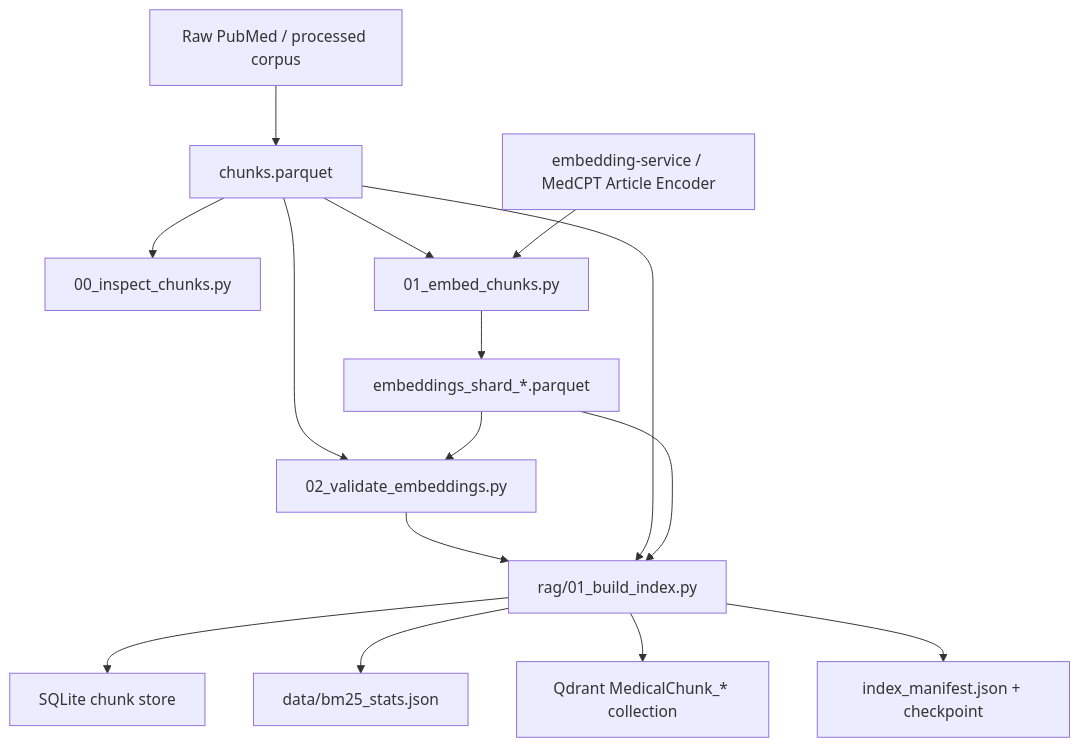
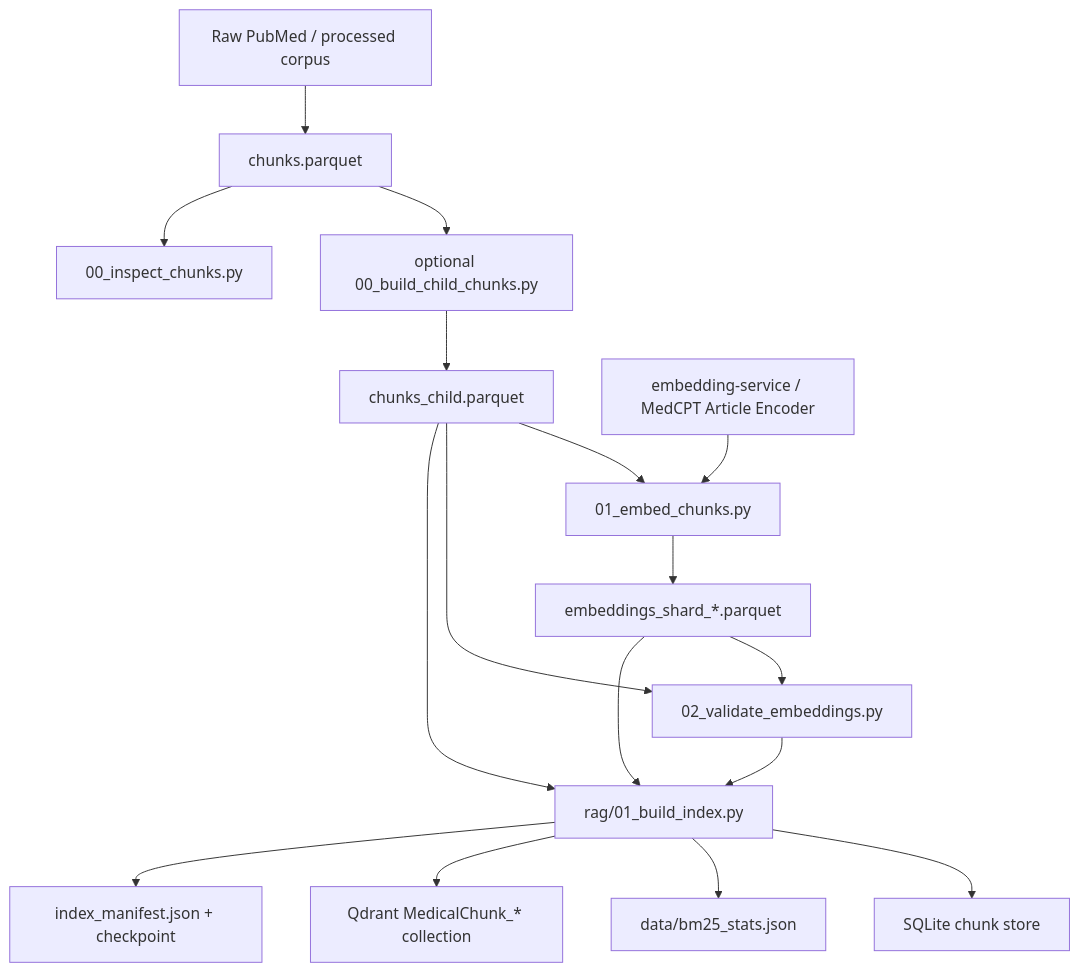
One commit to Kwiatek47/When-Retrieval-Isn-t-the-Problem changed the fifth of 6 diagrams in README.md. Above: the diagram before and after it, drawn with Mermaid. The commit also changed other lines of this file and 27 other files, not shown here.

````diff
--- a/README.md
+++ b/README.md
@@ -154,17 +157,19 @@
 ```mermaid
 flowchart TD
     raw["Raw PubMed / processed corpus"] --> chunks["chunks.parquet"]
+    chunks --> child["optional 00_build_child_chunks.py"]
+    child --> childChunks["chunks_child.parquet"]
     chunks --> inspect["00_inspect_chunks.py"]
-    chunks --> embed["01_embed_chunks.py"]
+    childChunks --> embed["01_embed_chunks.py"]
     embsvc["embedding-service / MedCPT Article Encoder"] --> embed
     embed --> shards["embeddings_shard_*.parquet"]
-    chunks --> validate["02_validate_embeddings.py"]
+    childChunks --> validate["02_validate_embeddings.py"]
     shards --> validate
     validate --> build["rag/01_build_index.py"]
-    chunks --> build
+    childChunks --> build
     shards --> build
     build --> sqlite["SQLite chunk store"]
     build --> bm25["data/bm25_stats.json"]
     build --> qdrantIndex["Qdrant MedicalChunk_* collection"]
     build --> manifest["index_manifest.json + checkpoint"]
 ```
````
